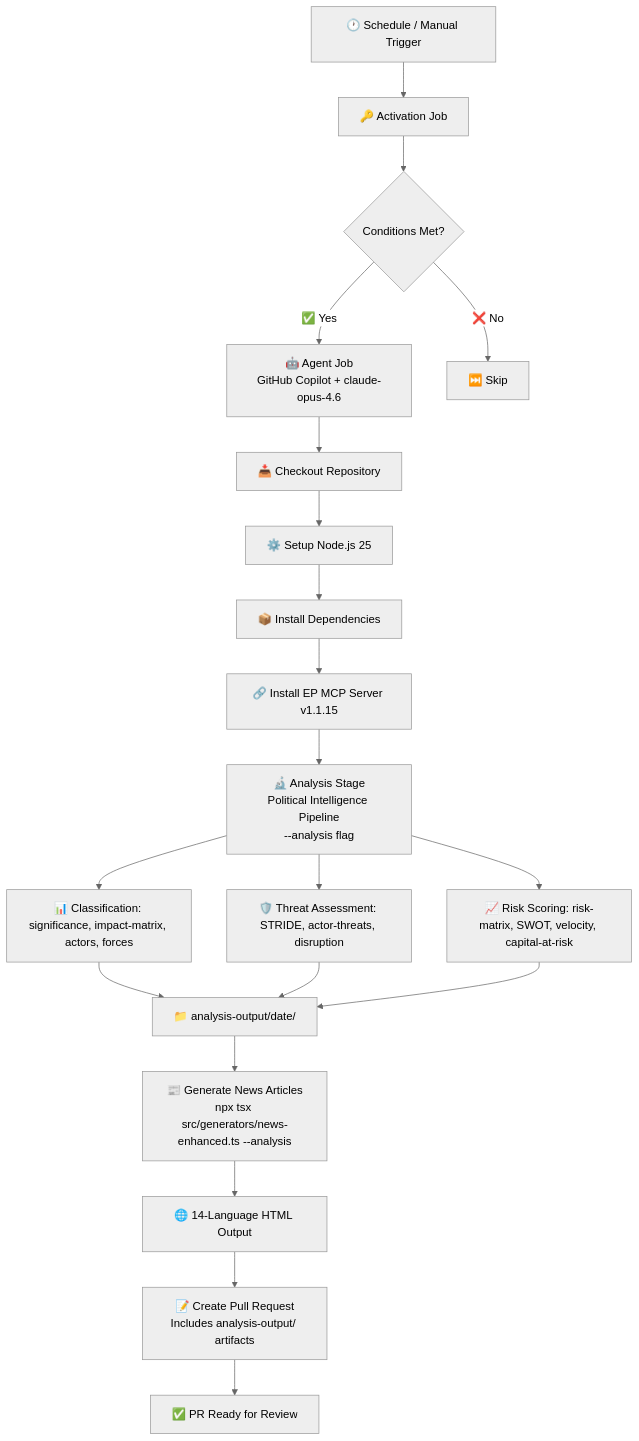
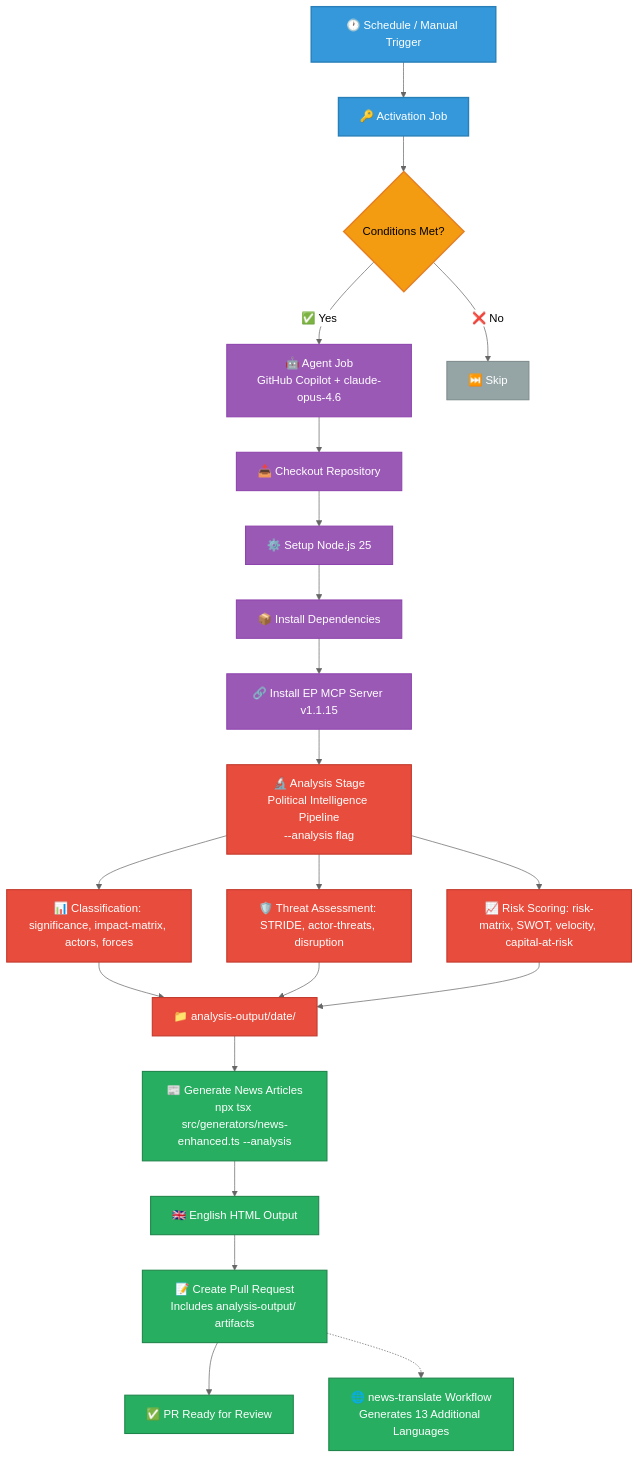
Before and after one commit to Hack23/euparliamentmonitor: the third of 16 diagrams in docs/api/media/WORKFLOWS.md, drawn with Mermaid (neutral theme). The commit also changed other lines of this file and 1053 other files, not shown here.

````diff
--- a/docs/api/media/WORKFLOWS.md
+++ b/docs/api/media/WORKFLOWS.md
@@ -114,22 +245,37 @@
 ```mermaid
 graph TD
     A[🕐 Schedule / Manual Trigger] --> B[🔑 Activation Job]
     B --> C{Conditions Met?}
     C -->|✅ Yes| D[🤖 Agent Job<br/>GitHub Copilot + claude-opus-4.6]
     C -->|❌ No| E[⏭️ Skip]
     D --> F[📥 Checkout Repository]
     F --> G[⚙️ Setup Node.js 25]
     G --> H[📦 Install Dependencies]
     H --> I[🔗 Install EP MCP Server v1.1.15]
     I --> J1[🔬 Analysis Stage<br/>Political Intelligence Pipeline<br/>--analysis flag]
     J1 --> J1a[📊 Classification: significance, impact-matrix, actors, forces]
     J1 --> J1b[🛡️ Threat Assessment: STRIDE, actor-threats, disruption]
     J1 --> J1c[📈 Risk Scoring: risk-matrix, SWOT, velocity, capital-at-risk]
     J1a --> J1d[📁 analysis-output/date/]
     J1b --> J1d
     J1c --> J1d
     J1d --> J[📰 Generate News Articles<br/>npx tsx src/generators/news-enhanced.ts --analysis]
-    J --> K[🌐 14-Language HTML Output]
+    J --> K[🇬🇧 English HTML Output]
     K --> L[📝 Create Pull Request<br/>Includes analysis-output/ artifacts]
     L --> M[✅ PR Ready for Review]
+    L -.-> N[🌐 news-translate Workflow<br/>Generates 13 Additional Languages]
+
+    classDef trigger fill:#3498db,stroke:#2980b9,stroke-width:2px,color:white
+    classDef process fill:#9b59b6,stroke:#8e44ad,stroke-width:1.5px,color:white
+    classDef decision fill:#f39c12,stroke:#e67e22,stroke-width:2px,color:black
+    classDef skip fill:#95a5a6,stroke:#7f8c8d,stroke-width:1.5px,color:white
+    classDef analysis fill:#e74c3c,stroke:#c0392b,stroke-width:1.5px,color:white
+    classDef output fill:#27ae60,stroke:#1e8449,stroke-width:1.5px,color:white
+
+    class A,B trigger
+    class D,F,G,H,I process
+    class C decision
+    class E skip
+    class J1,J1a,J1b,J1c,J1d analysis
+    class J,K,L,M,N output
 ```
````
